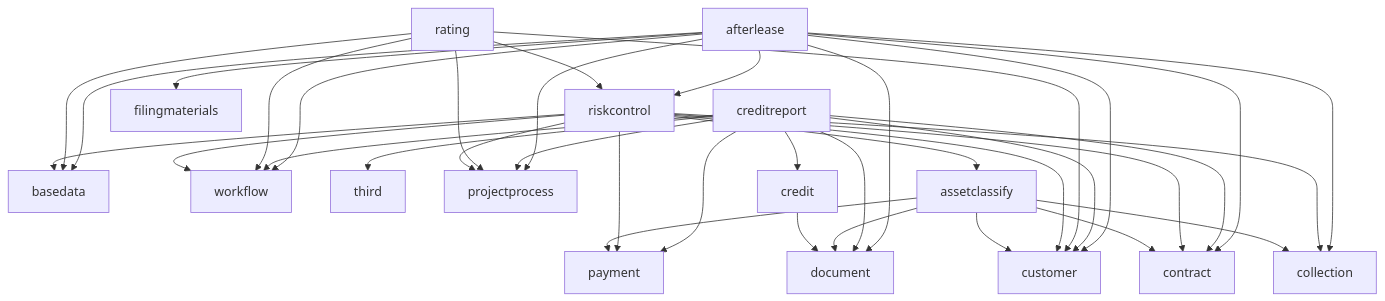
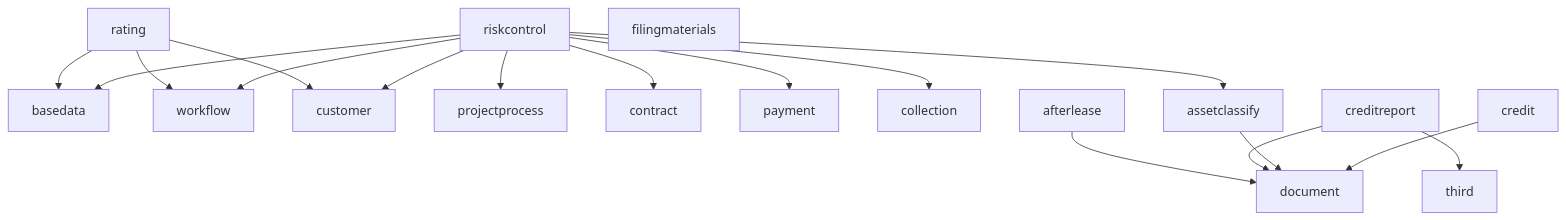
Before and after one commit to caochun/zswl-mithras: the fifth of 7 diagrams in README.md, drawn with Mermaid. The commit also changed other lines of this file and 1417 other files, not shown here.

````diff
--- a/README.md
+++ b/README.md
@@ -357,61 +346,41 @@
 ```mermaid
 flowchart TD
     basedata[basedata]
     workflow[workflow]
     document[document]
     third[third]
     customer[customer]
     project[projectprocess]
     contract[contract]
     payment[payment]
     collection[collection]
     asset[assetclassify]
     risk[riskcontrol]
     rating[rating]
     credit[credit]
     creditreport[creditreport]
     afterlease[afterlease]
     filing[filingmaterials]
 
     credit --> document
 
     asset --> document
-    asset --> customer
-    asset --> contract
-    asset --> payment
-    asset --> collection
 
     risk --> workflow
     risk --> basedata
     risk --> customer
     risk --> contract
     risk --> project
     risk --> asset
     risk --> payment
     risk --> collection
 
     rating --> basedata
     rating --> customer
-    rating --> risk
     rating --> workflow
-    rating --> project
 
     creditreport --> third
     creditreport --> document
-    creditreport --> workflow
-    creditreport --> customer
-    creditreport --> project
-    creditreport --> credit
-    creditreport --> contract
-    creditreport --> payment
 
-    afterlease --> basedata
-    afterlease --> workflow
-    afterlease --> collection
-    afterlease --> contract
     afterlease --> document
-    afterlease --> project
-    afterlease --> customer
-    afterlease --> risk
-    afterlease --> filing
 ```
````
